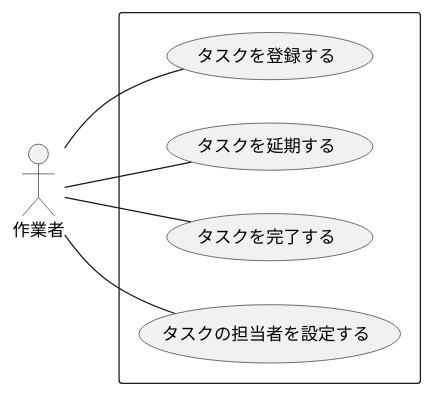
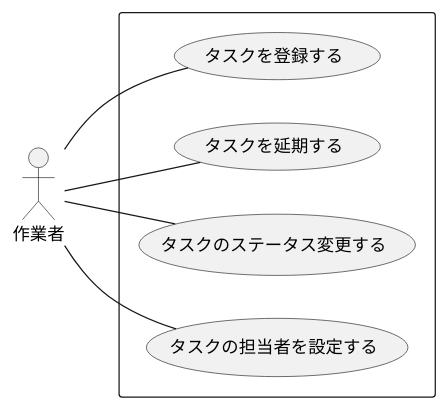
One commit to SND1231/clean-arc changed the diagram in doc/usecase/task.puml. Above: the diagram before and after it, drawn with PlantUML. The commit also changed 4 other files, not shown here.

```diff
--- a/doc/usecase/task.puml
+++ b/doc/usecase/task.puml
@@ -1,10 +1,10 @@
 @startuml NiziProject
 actor 作業者
 left to right direction
 rectangle {
    作業者 -- (タスクを登録する)
    作業者 -- (タスクを延期する)
-   作業者 -- (タスクを完了する)
+   作業者 -- (タスクのステータス変更する)
    作業者 -- (タスクの担当者を設定する)
 }
 @enduml
```
